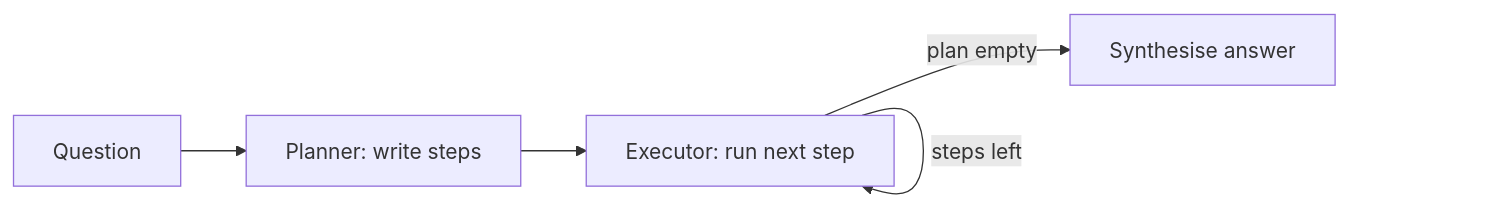
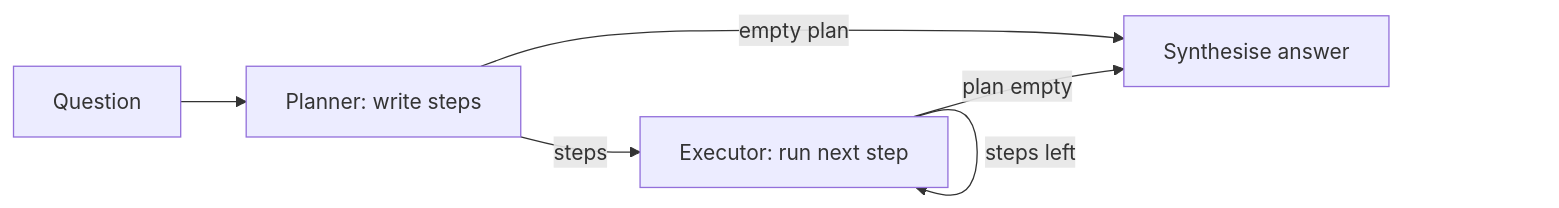
Before and after one commit to albertoirurueta/docs: the fourth of 7 diagrams in modules/ROOT/pages/ai/agents/agent-loop-and-architectures.adoc, drawn with Mermaid. The commit also changed other lines of this file and 12 other files, not shown here.

```diff
--- a/modules/ROOT/pages/ai/agents/agent-loop-and-architectures.adoc
+++ b/modules/ROOT/pages/ai/agents/agent-loop-and-architectures.adoc
@@ -240,8 +240,9 @@
 [mermaid]
 ....
 flowchart LR
   Q[Question] --> PL[Planner: write steps]
-  PL --> EX[Executor: run next step]
+  PL -->|steps| EX[Executor: run next step]
+  PL -->|empty plan| SY
   EX -->|steps left| EX
   EX -->|plan empty| SY[Synthesise answer]
 ....
```
